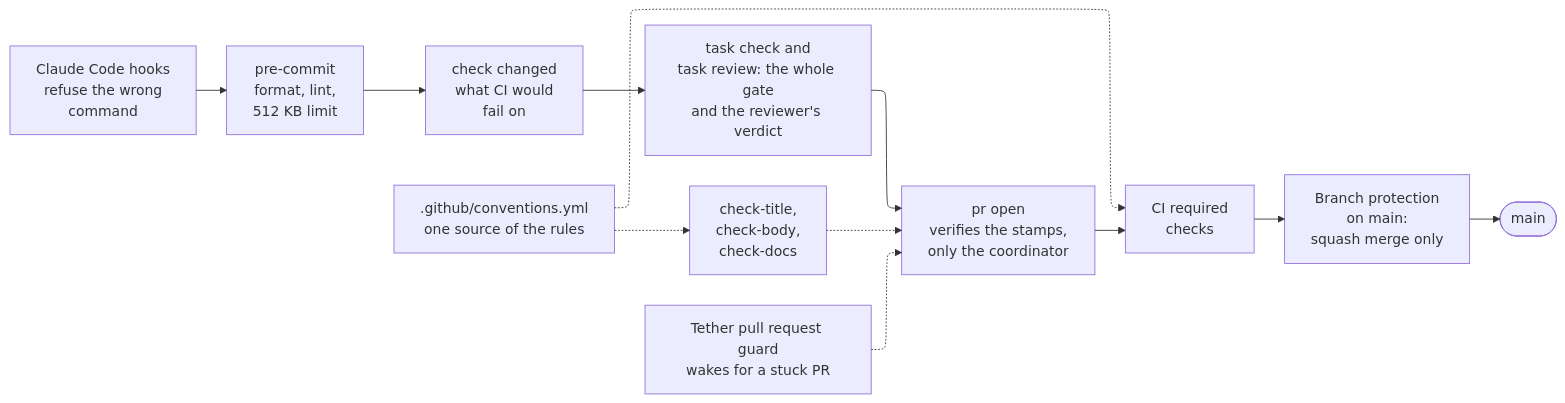
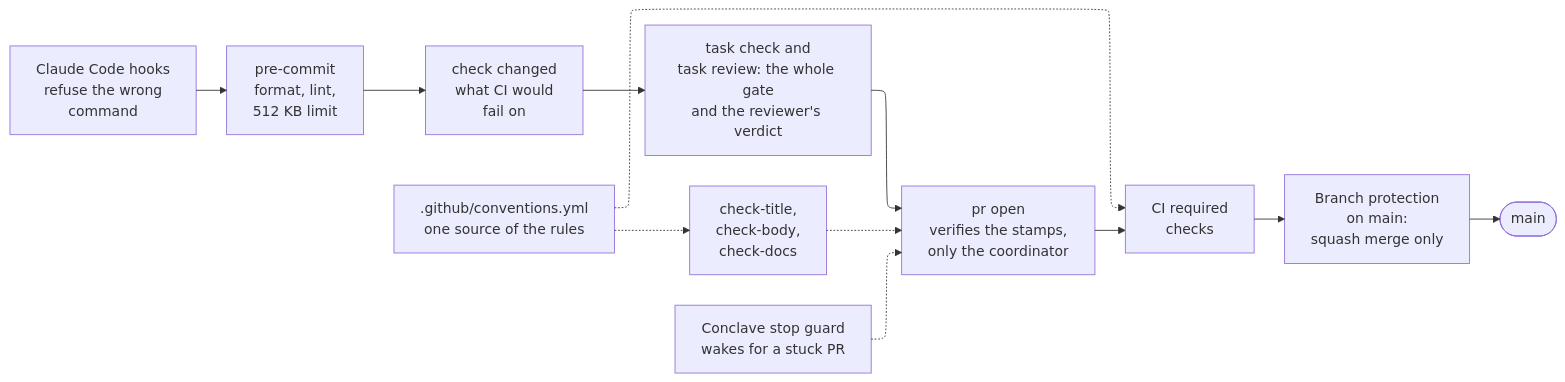
The third of 3 diagrams in docs/guides/how-we-work.md (Ryubara/coney), drawn with Mermaid before and after one commit. The commit also changed other lines of this file and 27 other files, not shown here.

````diff
--- a/docs/guides/how-we-work.md
+++ b/docs/guides/how-we-work.md
@@ -554,18 +557,18 @@
 ```mermaid
 ---
 config:
   layout: elk
 ---
 flowchart LR
   hooks["Claude Code hooks<br/>refuse the wrong<br/>command"] --> pre["pre-commit<br/>format, lint,<br/>512 KB limit"]
   pre --> gate["check changed<br/>what CI would<br/>fail on"]
   gate --> stamp["task check and<br/>task review: the whole gate<br/>and the reviewer's verdict"]
   stamp --> push["pr open<br/>verifies the stamps,<br/>only the coordinator"]
   push --> ci["CI required<br/>checks"]
   ci --> rules["Branch protection<br/>on main:<br/>squash merge only"]
   rules --> main(["main"])
   text["check-title,<br/>check-body,<br/>check-docs"] -.-> push
-  tether["Tether pull request guard<br/>wakes for a stuck PR"] -.-> push
+  tether["Conclave stop guard<br/>wakes for a stuck PR"] -.-> push
   conv[".github/conventions.yml<br/>one source of the rules"] -.-> text
   conv -.-> ci
 ```
````
